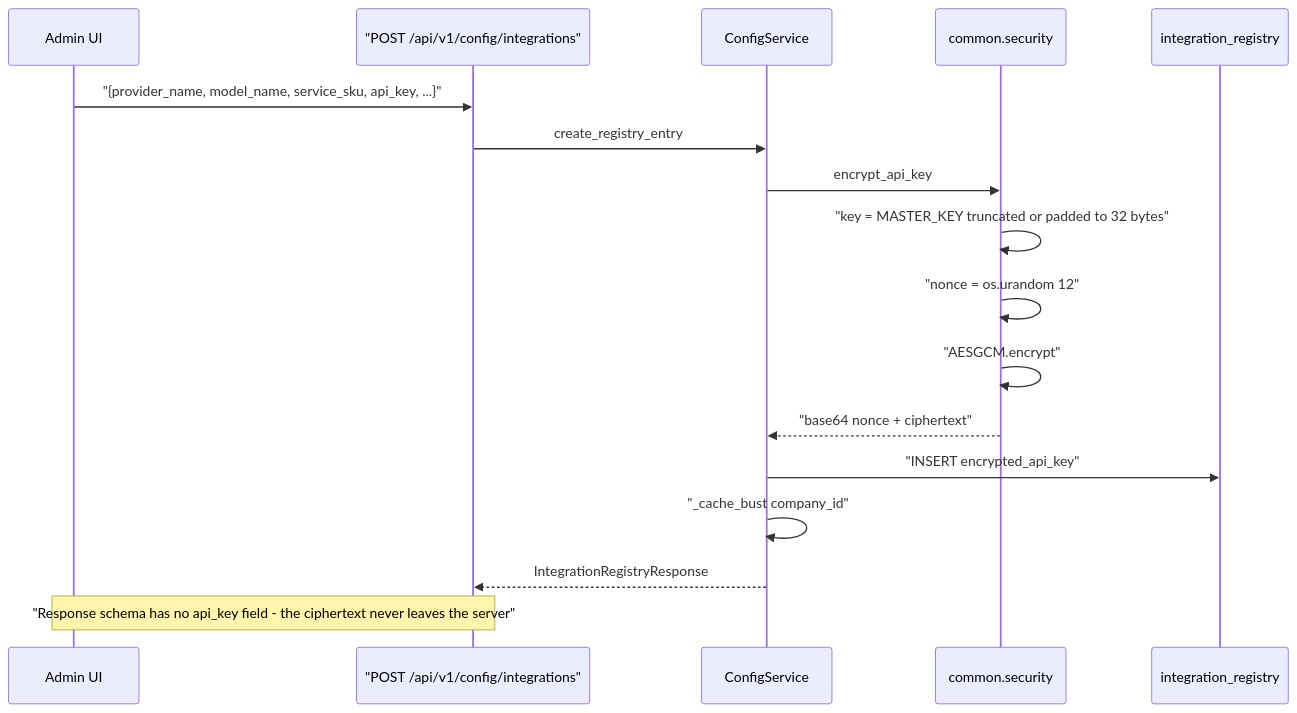
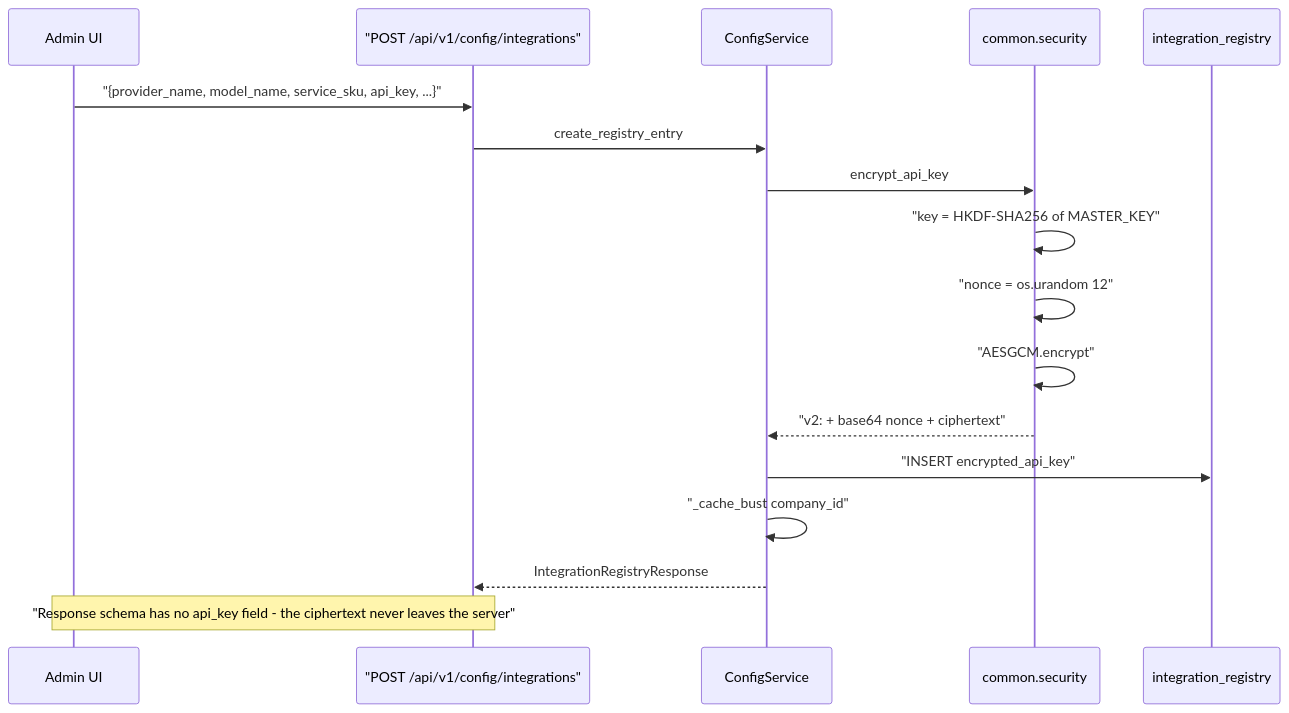
Before and after one commit to gondolerahul/hire-buddha-app: the third of 21 diagrams in docs/current/10-llm-providers.md, drawn with Mermaid. The commit also changed other lines of this file and 13 other files, not shown here.

````diff
--- a/docs/current/10-llm-providers.md
+++ b/docs/current/10-llm-providers.md
@@ -225,20 +216,20 @@
 ```mermaid
 sequenceDiagram
     participant UI as Admin UI
     participant API as "POST /api/v1/config/integrations"
     participant SVC as ConfigService
     participant SEC as common.security
     participant DB as integration_registry
 
     UI->>API: "{provider_name, model_name, service_sku, api_key, ...}"
     API->>SVC: create_registry_entry
     SVC->>SEC: encrypt_api_key
-    SEC->>SEC: "key = MASTER_KEY truncated or padded to 32 bytes"
+    SEC->>SEC: "key = HKDF-SHA256 of MASTER_KEY"
     SEC->>SEC: "nonce = os.urandom 12"
     SEC->>SEC: "AESGCM.encrypt"
-    SEC-->>SVC: "base64 nonce + ciphertext"
+    SEC-->>SVC: "v2: + base64 nonce + ciphertext"
     SVC->>DB: "INSERT encrypted_api_key"
     SVC->>SVC: "_cache_bust company_id"
     SVC-->>API: IntegrationRegistryResponse
     Note over API,UI: "Response schema has no api_key field - the ciphertext never leaves the server"
 ```
````
